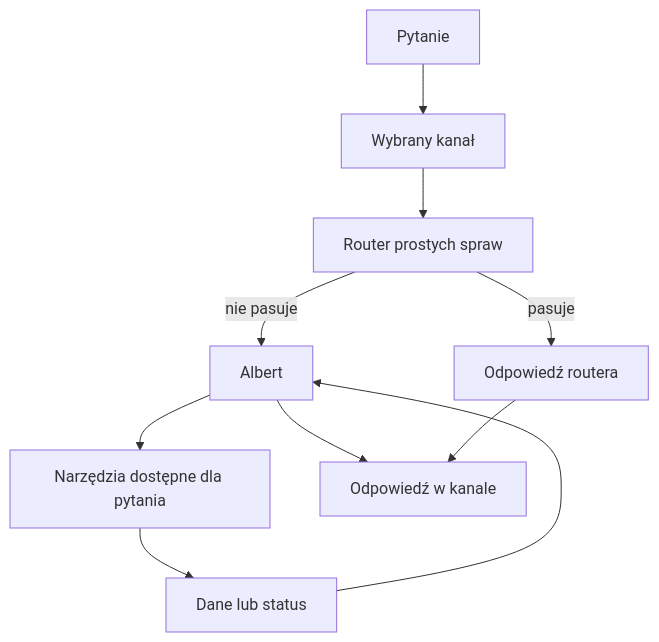
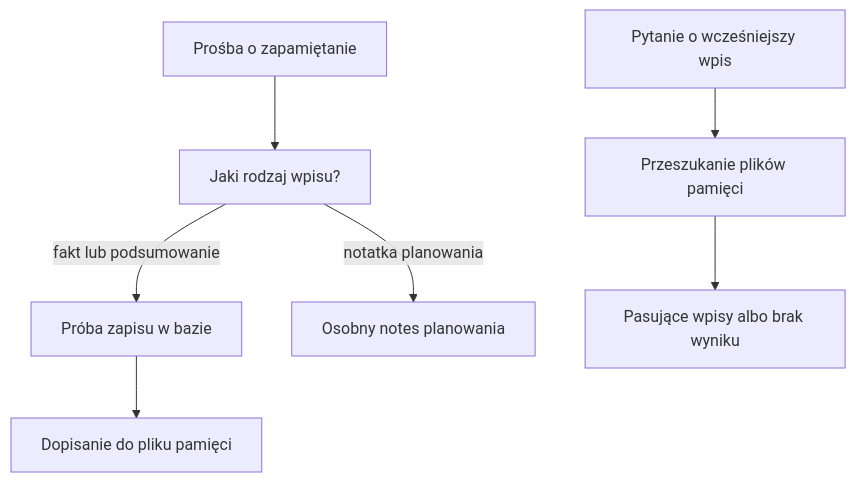
Before and after one commit to QbotMS/QbotQ: the diagram in docs/wiki/albert/pamiec.md, drawn with Mermaid. The commit also changed other lines of this file and 153 other files, not shown here.

````diff
--- a/docs/wiki/albert/pamiec.md
+++ b/docs/wiki/albert/pamiec.md
@@ -39,12 +41,9 @@
 ```mermaid
 flowchart TD
- Pytanie[Pytanie] --> Kanal[Wybrany kanał]
- Kanal --> Router[Router prostych spraw]
- Router -->|pasuje| Prosta[Odpowiedź routera]
- Router -->|nie pasuje| Albert[Albert]
- Albert --> Narzedzia[Narzędzia dostępne dla pytania]
- Narzedzia --> Wynik[Dane lub status]
- Wynik --> Albert
- Albert --> Odpowiedz[Odpowiedź w kanale]
- Prosta --> Odpowiedz
+ Prosba[Prośba o zapamiętanie] --> Rodzaj[Jaki rodzaj wpisu?]
+ Rodzaj -->|fakt lub podsumowanie| DB[Próba zapisu w bazie]
+ DB --> Plik[Dopisanie do pliku pamięci]
+ Rodzaj -->|notatka planowania| Plan[Osobny notes planowania]
+ Pytanie[Pytanie o wcześniejszy wpis] --> Szukaj[Przeszukanie plików pamięci]
+ Szukaj --> Wynik[Pasujące wpisy albo brak wyniku]
 ```
````
